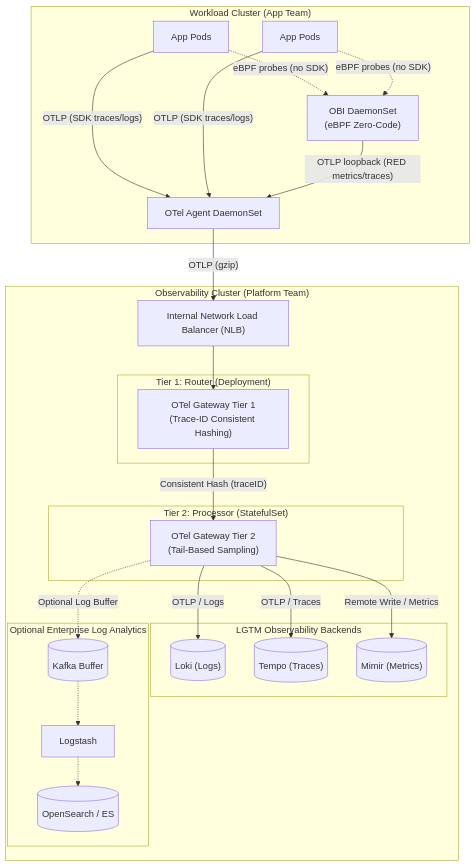
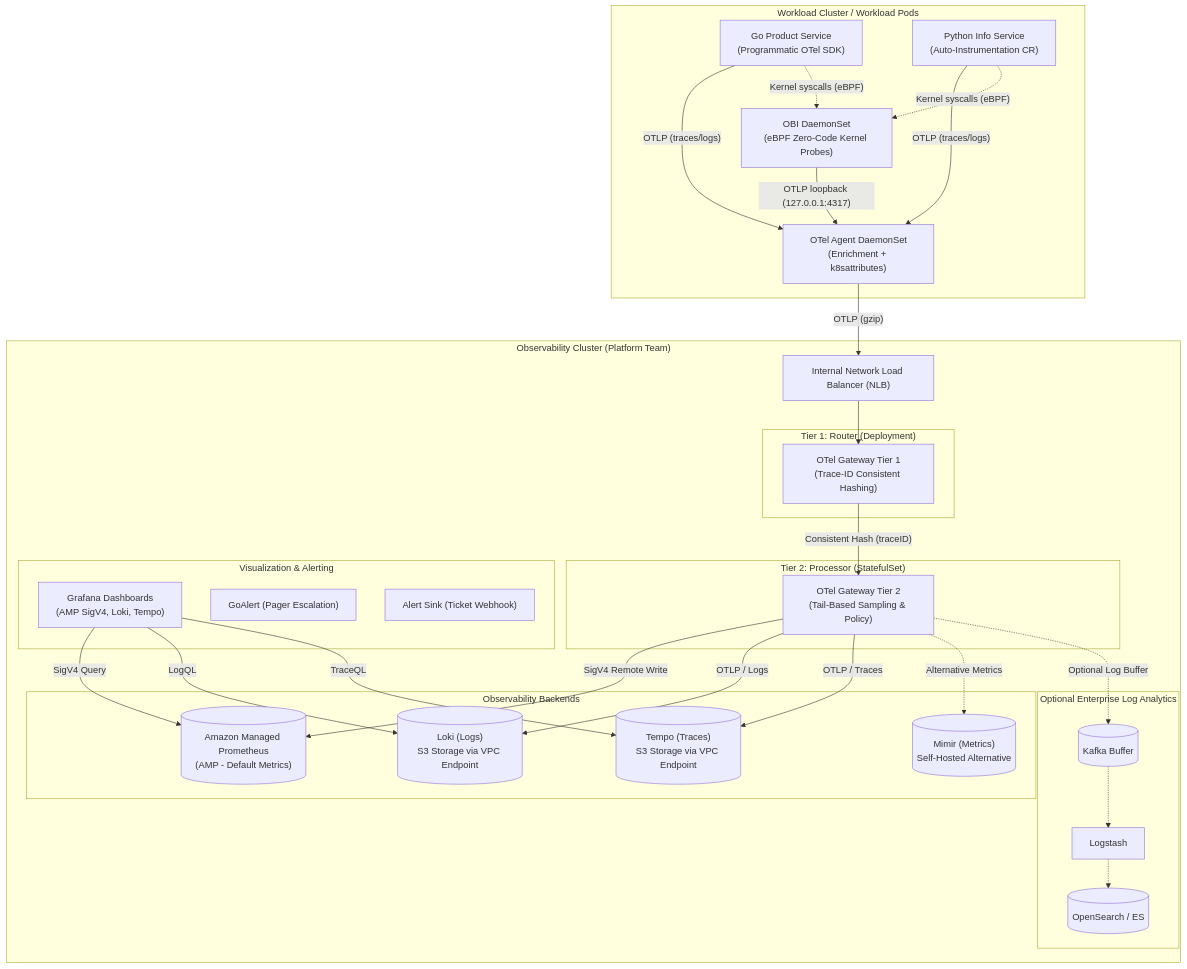
The diagram in README.md (ok-karthik/opentelemetry-platform-on-eks), drawn with Mermaid before and after one commit. The commit also changed other lines of this file, not shown here.

Commit message:
docs(readme): update architecture diagram and deployment tables to reflect AMP, S3 endpoints, and Docker Hub

````diff
--- a/README.md
+++ b/README.md
@@ -215,49 +215,60 @@
 ```mermaid
 flowchart TD
-    subgraph WorkloadCluster["Workload Cluster (App Team)"]
-        App1["App Pods"]
-        App2["App Pods"]
-        Agent["OTel Agent DaemonSet"]
-        OBI["OBI DaemonSet<br/>(eBPF Zero-Code)"]
+    subgraph WorkloadCluster["Workload Cluster / Workload Pods"]
+        App1["Go Product Service<br/>(Programmatic OTel SDK)"]
+        App2["Python Info Service<br/>(Auto-Instrumentation CR)"]
+        Agent["OTel Agent DaemonSet<br/>(Enrichment + k8sattributes)"]
+        OBI["OBI DaemonSet<br/>(eBPF Zero-Code Kernel Probes)"]
 
-        App1 -->|"OTLP (SDK traces/logs)"| Agent
-        App2 -->|"OTLP (SDK traces/logs)"| Agent
-        App1 -.->|"eBPF probes (no SDK)"| OBI
-        App2 -.->|"eBPF probes (no SDK)"| OBI
-        OBI -->|"OTLP loopback (RED metrics/traces)"| Agent
+        App1 -->|"OTLP (traces/logs)"| Agent
+        App2 -->|"OTLP (traces/logs)"| Agent
+        App1 -.->|"Kernel syscalls (eBPF)"| OBI
+        App2 -.->|"Kernel syscalls (eBPF)"| OBI
+        OBI -->|"OTLP loopback (127.0.0.1:4317)"| Agent
     end
 
     subgraph ObservabilityCluster["Observability Cluster (Platform Team)"]
         NLB["Internal Network Load Balancer (NLB)"]
         
         subgraph Tier1["Tier 1: Router (Deployment)"]
             Router["OTel Gateway Tier 1<br/>(Trace-ID Consistent Hashing)"]
         end
 
         subgraph Tier2["Tier 2: Processor (StatefulSet)"]
-            Processor["OTel Gateway Tier 2<br/>(Tail-Based Sampling)"]
+            Processor["OTel Gateway Tier 2<br/>(Tail-Based Sampling & Policy)"]
         end
 
-        subgraph LGTM["LGTM Observability Backends"]
-            Loki[("Loki (Logs)")]
-            Tempo[("Tempo (Traces)")]
-            Mimir[("Mimir (Metrics)")]
+        subgraph ObservabilityBackends["Observability Backends"]
+            AMP[("Amazon Managed Prometheus<br/>(AMP - Default Metrics)")]
+            Loki[("Loki (Logs)<br/>S3 Storage via VPC Endpoint")]
+            Tempo[("Tempo (Traces)<br/>S3 Storage via VPC Endpoint")]
+            Mimir[("Mimir (Metrics)<br/>Self-Hosted Alternative")]
+        end
+
+        subgraph Visualization["Visualization & Alerting"]
+            Grafana["Grafana Dashboards<br/>(AMP SigV4, Loki, Tempo)"]
+            GoAlert["GoAlert (Pager Escalation)"]
+            AlertSink["Alert Sink (Ticket Webhook)"]
         end
 
         subgraph OptionalELK["Optional Enterprise Log Analytics"]
             Kafka[("Kafka Buffer")]
             Logstash["Logstash"]
             OpenSearch[("OpenSearch / ES")]
         end
     end
 
     Agent -->|"OTLP (gzip)"| NLB
     NLB --> Router
     Router -->|"Consistent Hash (traceID)"| Processor
+    Processor -->|"SigV4 Remote Write"| AMP
     Processor -->|"OTLP / Logs"| Loki
     Processor -->|"OTLP / Traces"| Tempo
-    Processor -->|"Remote Write / Metrics"| Mimir
+    Processor -.->|"Alternative Metrics"| Mimir
+    Grafana -->|"SigV4 Query"| AMP
+    Grafana -->|"LogQL"| Loki
+    Grafana -->|"TraceQL"| Tempo
     Processor -.->|"Optional Log Buffer"| Kafka
     Kafka -.-> Logstash
     Logstash -.-> OpenSearch
 ```
````
